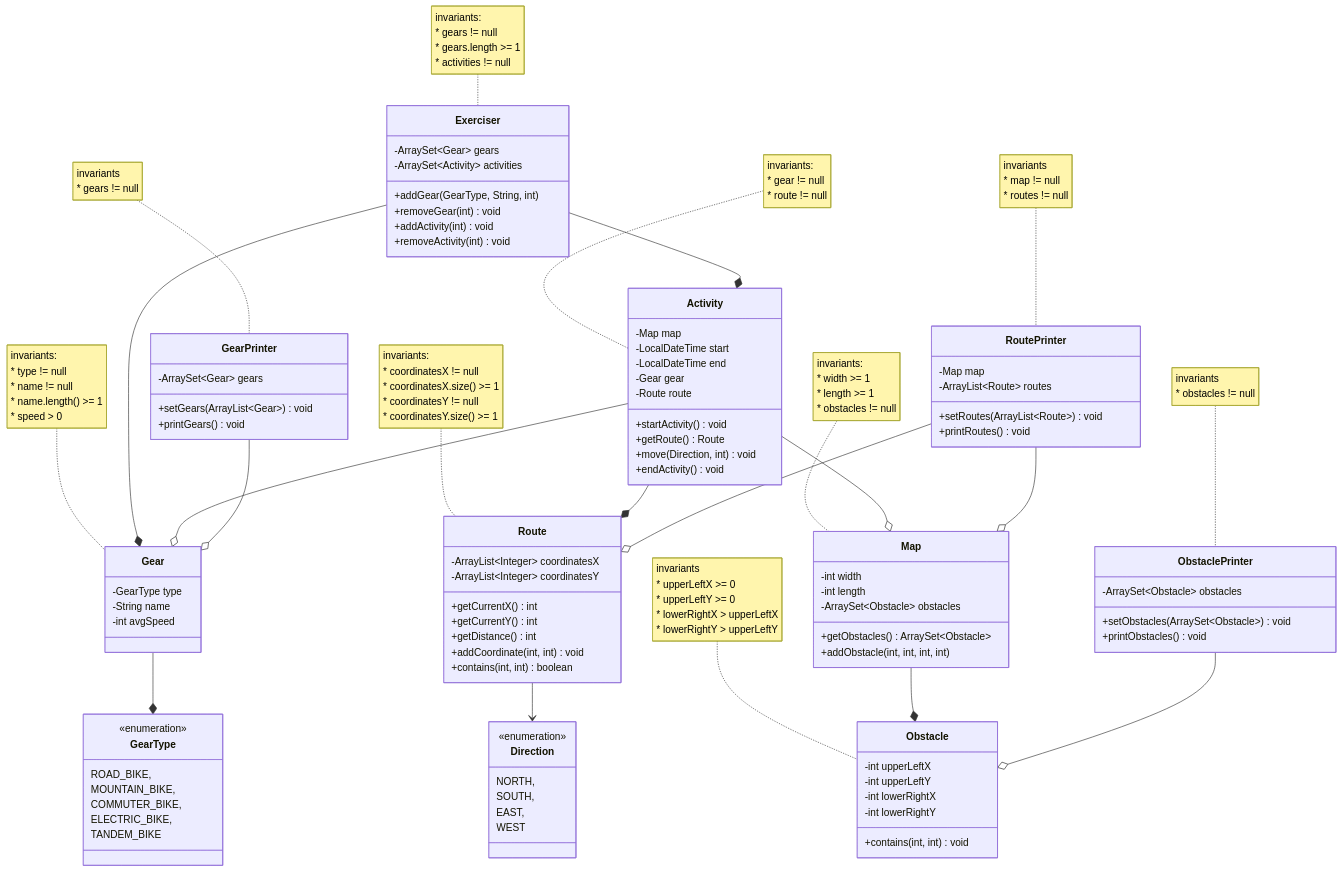
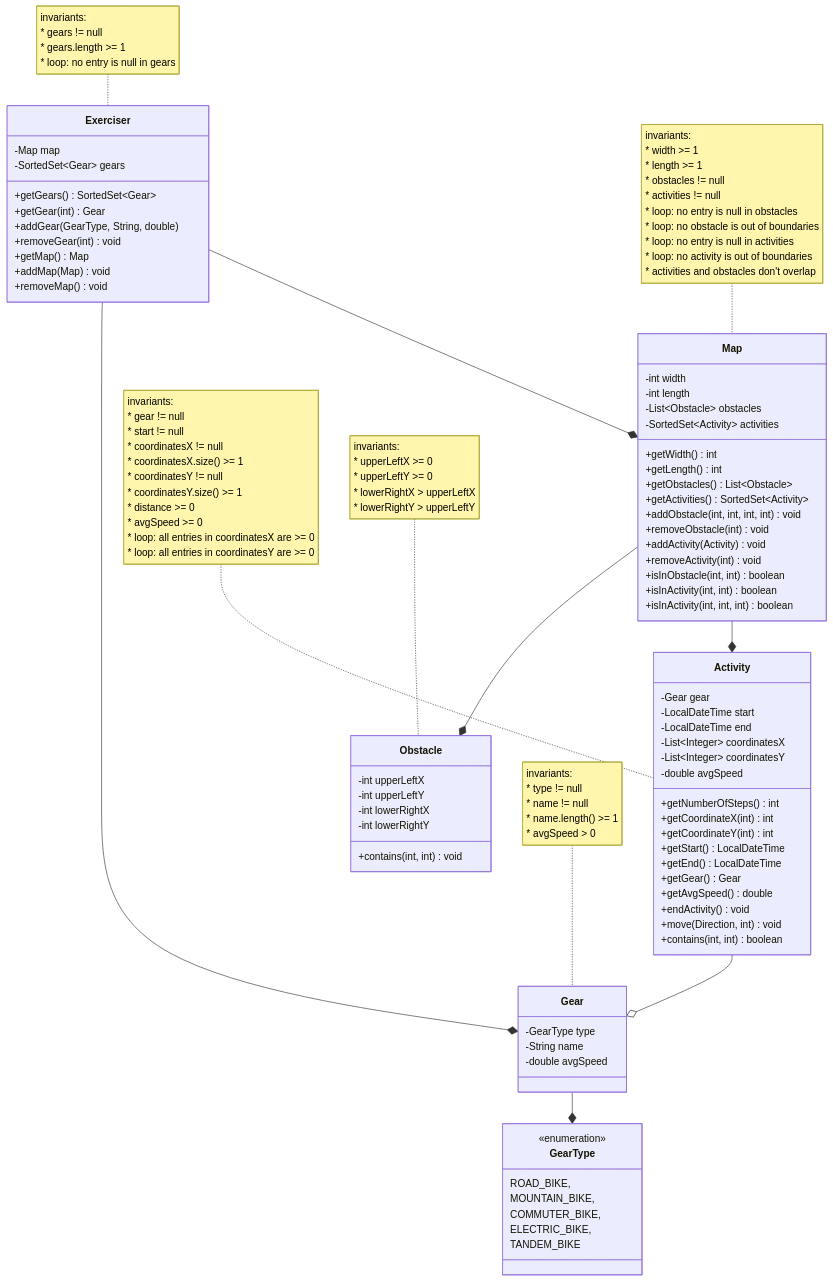
The diagram in README.md (NarekVeranyan05/exercise_tracker), drawn with Mermaid before and after one commit. The commit also changed other lines of this file and 14 other files, not shown here.

Commit message:
-refined domain model -added documentation -added class invariants -implemented printer classes for each domain model class

````diff
--- a/README.md
+++ b/README.md
@@ -13,33 +40,41 @@
 ```mermaid 
 classDiagram
     class Exerciser {
-        -ArraySet~Gear~ gears
-        -ArraySet~Activity~ activities
+        -Map map
+        -SortedSet~Gear~ gears
         
-        +addGear(GearType, String, int)
+        +getGears() SortedSet~Gear~
+        +getGear(int) Gear
+        +addGear(GearType, String, double)
         +removeGear(int) void
-        +addActivity(int) void 
-        +removeActivity(int) void
+        +getMap() Map
+        +addMap(Map) void
+        +removeMap() void
     }
     
     note for Exerciser"invariants:
         * gears != null
         * gears.length >= 1
-        * activities != null
+        * loop: no entry is null in gears
     "
+
+    Exerciser --* Gear
+    Exerciser --* Map
     
     class Gear {
         -GearType type
         -String name
-        -int avgSpeed
+        -double avgSpeed
     }
     
     note for Gear"invariants:
         * type != null
         * name != null
         * name.length() >= 1
-        * speed > 0
+        * avgSpeed > 0
     "
+    
+    Gear --* GearType
     
     class GearType {
         <<enumeration>>
@@ -49,67 +84,73 @@
         ELECTRIC_BIKE,
         TANDEM_BIKE
     }
+
+    class Map {
+        -int width
+        -int length
+        -List~Obstacle~ obstacles
+        -SortedSet~Activity~ activities
+
+        +getWidth() int
+        +getLength() int
+        +getObstacles() List~Obstacle~
+        +getActivities() SortedSet~Activity~
+        +addObstacle(int, int, int, int) void
+        +removeObstacle(int) void
+        +addActivity(Activity) void
+        +removeActivity(int) void
+        +isInObstacle(int, int) boolean
+        +isInActivity(int, int) boolean
+        +isInActivity(int, int, int) boolean
+    }
+
+    note for Map"invariants:
+        * width >= 1
+        * length >= 1
+        * obstacles != null
+        * activities != null
+        * loop: no entry is null in obstacles
+        * loop: no obstacle is out of boundaries
+        * loop: no entry is null in activities
+        * loop: no activity is out of boundaries
+        * activities and obstacles don't overlap"
+
+    Map --* Obstacle
+    Map --* Activity
     
     class Activity{
-        -Map map
+        -Gear gear
         -LocalDateTime start
         -LocalDateTime end
-        %% should have gear to start activity
-        -Gear gear
-        -Route route
+        -List~Integer~ coordinatesX
+        -List~Integer~ coordinatesY
+        -double avgSpeed
         
-        +startActivity() void
-        +getRoute() Route
+        +getNumberOfSteps() int
+        +getCoordinateX(int) int
+        +getCoordinateY(int) int
+        +getStart() LocalDateTime
+        +getEnd() LocalDateTime
+        +getGear() Gear
+        +getAvgSpeed() double
+        +endActivity() void
         +move(Direction, int) void
-        +endActivity() void
+        +contains(int, int) boolean
     }
     
     note for Activity"invariants:
         * gear != null
-        * route != null
-    "
-        
-    class Route {
-        %% each entry must be >= 0
-        -ArrayList~Integer~ coordinatesX
-        %% each entry must be >= 0
-        -ArrayList~Integer~ coordinatesY
-        
-        +getCurrentX() int
-        +getCurrentY() int
-        +getDistance() int
-        +addCoordinate(int, int) void
-        +contains(int, int) boolean
-    }
-    
-    note for Route"invariants:
+        * start != null
         * coordinatesX != null
         * coordinatesX.size() >= 1
         * coordinatesY != null
         * coordinatesY.size() >= 1
-    "
-    
-    class Direction {
-        <<enumeration>>
-        NORTH,
-        SOUTH,
-        EAST,
-        WEST
-    }
-    
-    class Map {
-        -int width
-        -int length
-        -ArraySet~Obstacle~ obstacles
-        
-        +getObstacles() ArraySet~Obstacle~
-        +addObstacle(int, int, int, int)
-    }
-    
-    note for Map"invariants:
-        * width >= 1
-        * length >= 1
-        * obstacles != null"
+        * distance >= 0
+        * avgSpeed >= 0
+        * loop: all entries in coordinatesX are >= 0
+        * loop: all entries in coordinatesY are >= 0"
+
+    Activity --o Gear
     
     class Obstacle {
         -int upperLeftX
@@ -120,61 +161,70 @@
         +contains(int, int) void
     }
     
-    note for Obstacle"invariants
+    note for Obstacle"invariants:
         * upperLeftX >= 0
         * upperLeftY >= 0
         * lowerRightX > upperLeftX
-        * lowerRightY > upperLeftY
-    "
+        * lowerRightY > upperLeftY"
     
-    class GearPrinter {
-        -ArraySet~Gear~ gears
-        
-        +setGears(ArrayList~Gear~) void
-        +printGears() void
-    }
-    
-    note for GearPrinter"invariants
-        * gears != null
-    "
-    
-    class RoutePrinter {
-        -Map map
-        -ArrayList~Route~ routes
-        
-        +setRoutes(ArrayList~Route~) void
-        +printRoutes() void
-    }
-
-    note for RoutePrinter"invariants
-        * map != null
-        * routes != null
-    "
-    
-    class ObstaclePrinter {
-        -ArraySet~Obstacle~ obstacles
-        
-        +setObstacles(ArraySet~Obstacle~) void
-        +printObstacles() void
-    }
-
-    note for ObstaclePrinter"invariants
-        * obstacles != null
-    "
-    
-    %% class relationships
-    Exerciser --* Activity
-    Exerciser --* Gear
-    Activity --* Route
-    Map --* Obstacle
-    Gear --* GearType
-    
-    Activity --o Gear
-    Activity --o Map
-    GearPrinter --o Gear
-    RoutePrinter --o Route
-    RoutePrinter --o Map
-    ObstaclePrinter --o Obstacle
-
-    Route --> Direction
+%%    class ExerciserPrinter{
+%%        -Exerciser exerciser
+%%        
+%%        +print() void
+%%    }
+%%    
+%%    note for ExerciserPrinter"invariants:
+%%        * exerciser != null
+%%    "
+%%    
+%%    ExerciserPrinter --o Exerciser
+%%    
+%%    class GearPrinter {
+%%        -Gear gear
+%%        
+%%        +print() void
+%%    }
+%%    
+%%    note for GearPrinter"invariants:
+%%        * gear != null
+%%    "
+%%    
+%%    GearPrinter --o Gear
+%%
+%%    class MapPrinter {
+%%        -Map map
+%%        
+%%        printMap() void
+%%        printMap(int) void
+%%    }
+%%    
+%%    note for MapPrinter"invariants:
+%%        * map != null
+%%    "
+%%    
+%%    MapPrinter --o Map
+%%    
+%%    class ActivityPrinter {
+%%        -Activity activity
+%%        
+%%        print() void
+%%    }
+%%    
+%%    note for ActivityPrinter"invariants:
+%%        * activity != null
+%%    "
+%%
+%%    class ObstaclePrinter {
+%%        -Obstacle obstacle
+%%
+%%        +print() void
+%%    }
+%%
+%%    note for ObstaclePrinter"invariants:
+%%        * obstacles != null
+%%    "
+%%
+%%    ObstaclePrinter --o Obstacle
+%%    
+%%    ActivityPrinter --o Activity
 ```
````
